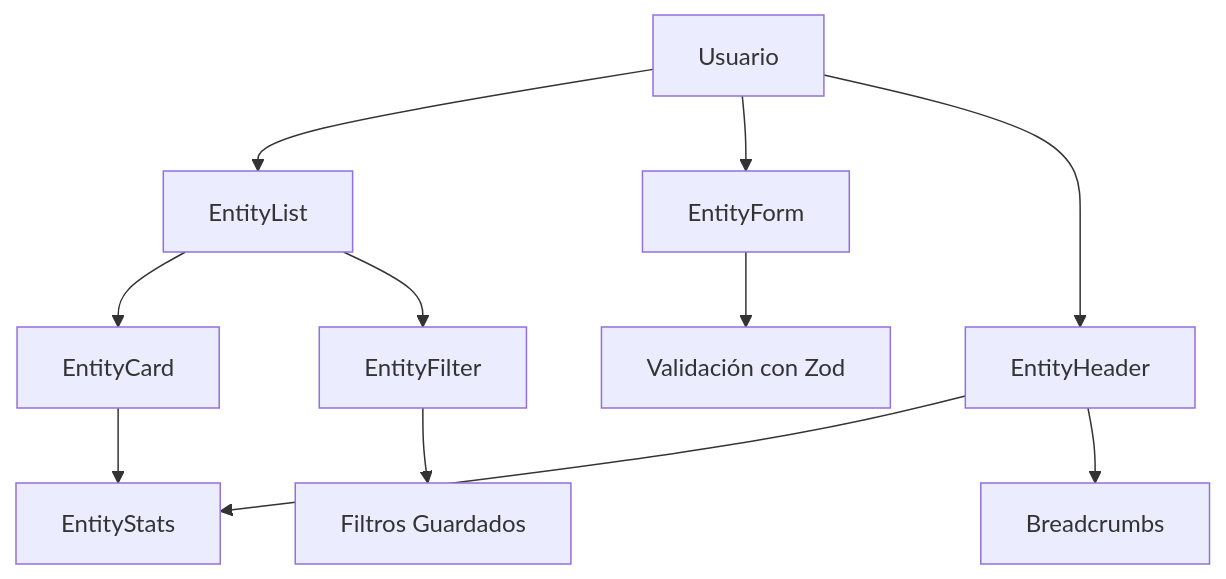
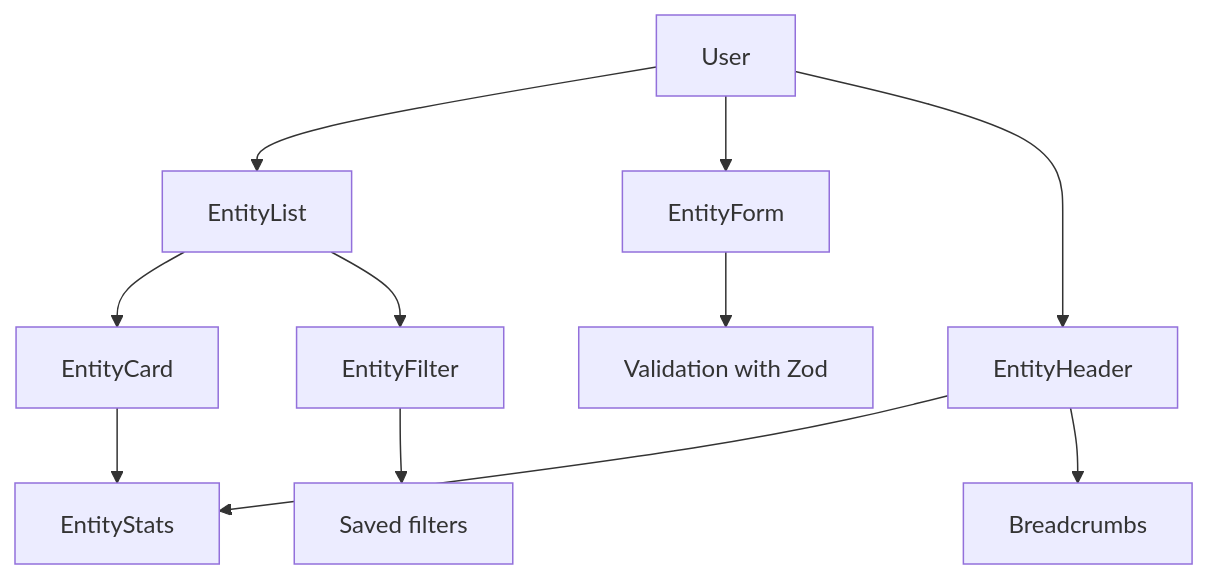
One commit to gvastethecreator/media-manager changed the second of 2 diagrams in src/components/ui/README.md. Above: the diagram before and after it, drawn with Mermaid. The commit also changed other lines of this file and 104 other files, not shown here.

Commit message:
docs: initialize comprehensive architectural documentation and component-level README files across the repository.

````diff
--- a/src/components/ui/README.md
+++ b/src/components/ui/README.md
@@ -261,15 +283,15 @@
 ```mermaid
 graph TD
-    User[Usuario] --> EntityList
+    User[User] --> EntityList
     User --> EntityForm
     User --> EntityHeader
 
     EntityList --> EntityCard
     EntityList --> EntityFilter
     EntityCard --> EntityStats
     EntityHeader --> EntityStats
     EntityHeader --> Breadcrumbs
 
-    EntityForm --> Validation[Validación con Zod]
-    EntityFilter --> SavedFilters[Filtros Guardados]
+    EntityForm --> Validation[Validation with Zod]
+    EntityFilter --> SavedFilters[Saved filters]
 ```
````
